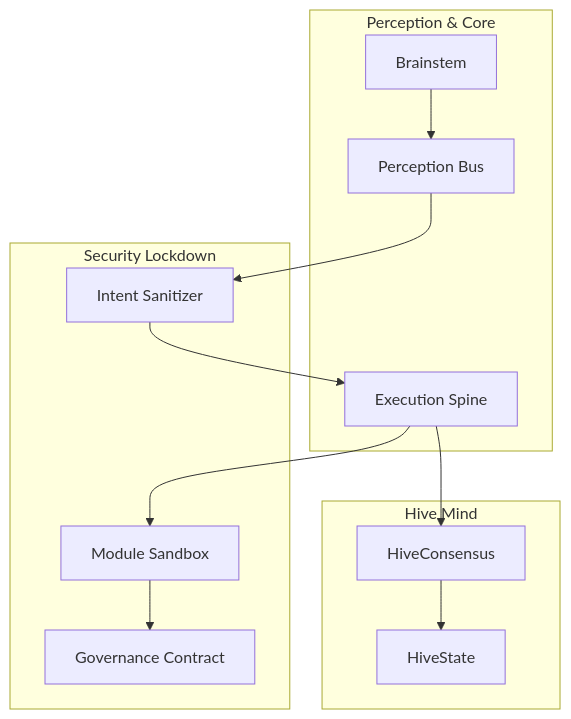
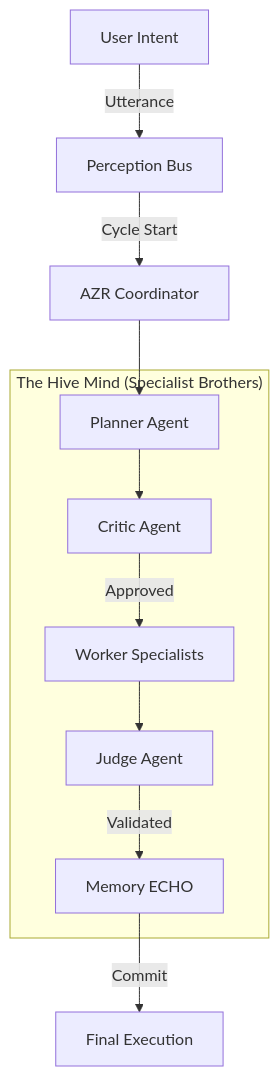
One commit to 4citeB4U/LeeWay-Standards changed the diagram in README.md. Above: the diagram before and after it, drawn with Mermaid. The commit also changed other lines of this file and 28 other files, not shown here.

````diff
--- a/README.md
+++ b/README.md
@@ -54,27 +35,20 @@
 ```mermaid
 flowchart TD
-    subgraph core["Perception & Core"]
-        brainst[Brainstem]
-        percbus[Perception Bus]
-        uniexec[Execution Spine]
+    U[User Intent] -->|Utterance| BUS[Perception Bus]
+    BUS -->|Cycle Start| AZR[AZR Coordinator]
+    
+    subgraph hive["The Hive Mind (Specialist Brothers)"]
+        PLAN[Planner Agent]
+        CRIT[Critic Agent]
+        WORK[Worker Specialists]
+        JUDGE[Judge Agent]
+        MEM[Memory ECHO]
     end
-
-    subgraph consensus["Hive Mind"]
-        hive[HiveState]
-        vote[HiveConsensus]
-    end
-
-    subgraph security["Security Lockdown"]
-        sanitize[Intent Sanitizer]
-        govtr[Governance Contract]
-        sandbox[Module Sandbox]
-    end
-
-    brainst --> percbus
-    percbus --> sanitize
-    sanitize --> uniexec
-    uniexec --> vote
-    vote --> hive
-    uniexec --> sandbox
-    sandbox --> govtr
+    
+    AZR --> PLAN
+    PLAN --> CRIT
+    CRIT -->|Approved| WORK
+    WORK --> JUDGE
+    JUDGE -->|Validated| MEM
+    MEM -->|Commit| RESULT[Final Execution]
 ```
````
